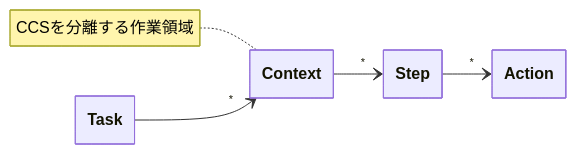
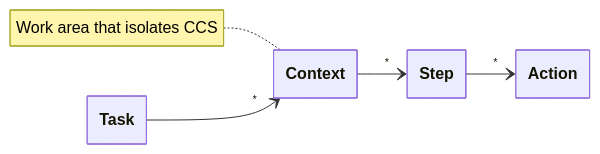
The first of 3 diagrams in agents-in-your-area/docs/architecture.md (kiyohome/outputs), drawn with Mermaid before and after one commit. The commit also changed other lines of this file and 7 other files, not shown here.

````diff
--- a/agents-in-your-area/docs/architecture.md
+++ b/agents-in-your-area/docs/architecture.md
@@ -11,14 +9,14 @@
 ```mermaid
 ---
 config:
   class:
     hideEmptyMembersBox: true
 ---
 classDiagram
     direction LR
     Task --> "*" Context
     Context --> "*" Step
     Step --> "*" Action
 
-    note for Context "CCSを分離する作業領域"
+    note for Context "Work area that isolates CCS"
 ```
````
